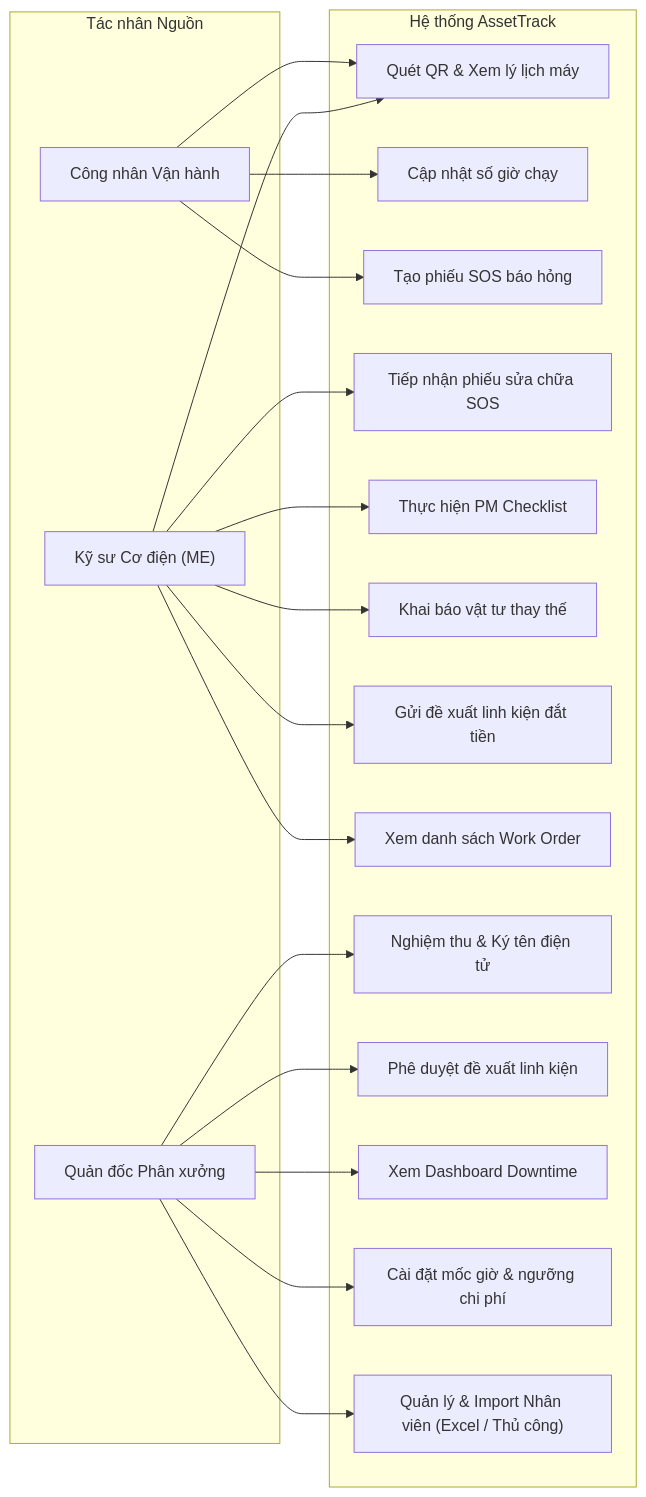
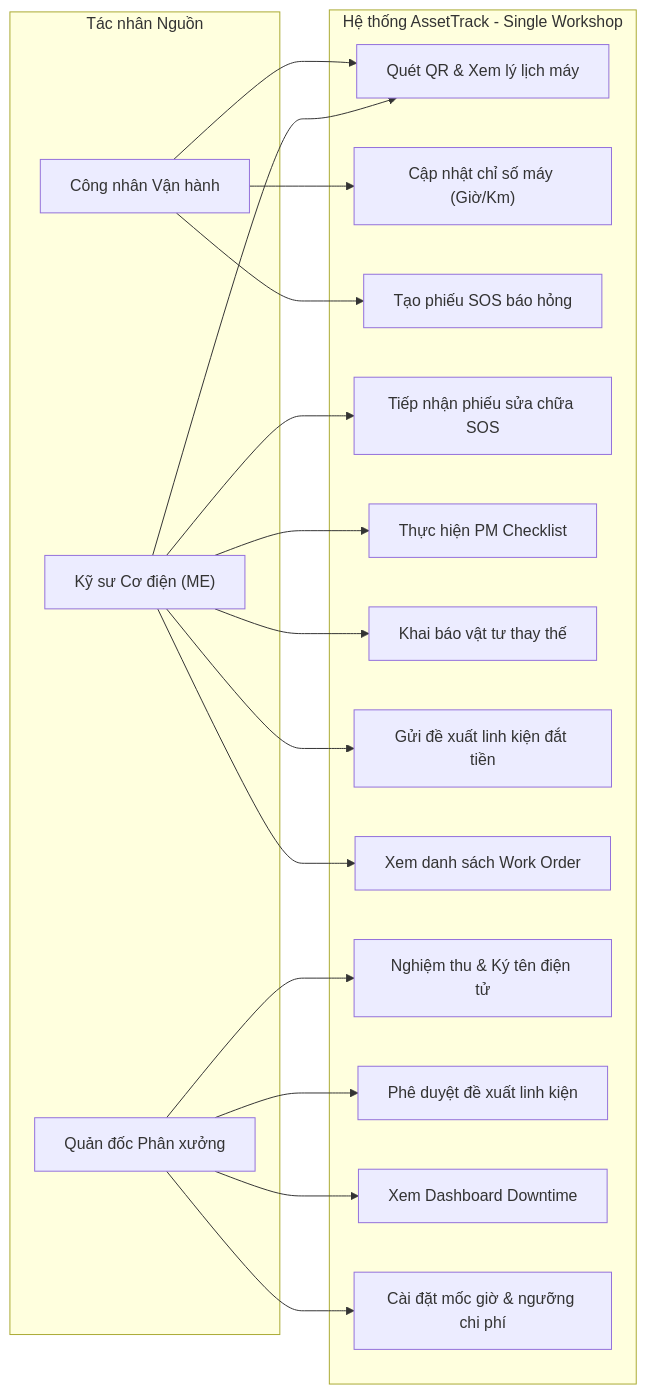
Before and after one commit to pvduy23052005/cse441-mobile-asset-track: the first of 12 diagrams in system_design.md, drawn with Mermaid. The commit also changed other lines of this file and 11 other files, not shown here.

Commit message:
feat: implement Wireframe K login modal, machine pagination, and single-workshop scope docs

````diff
--- a/system_design.md
+++ b/system_design.md
@@ -33,41 +33,39 @@
 ```mermaid
 flowchart LR
     subgraph Actors["Tác nhân Nguồn"]
         Operator["Công nhân Vận hành"]
         ME["Kỹ sư Cơ điện (ME)"]
         Supervisor["Quản đốc Phân xưởng"]
     end
 
-    subgraph System["Hệ thống AssetTrack"]
+    subgraph System["Hệ thống AssetTrack - Single Workshop"]
         UC_ScanQR["Quét QR & Xem lý lịch máy"]
-        UC_LogHours["Cập nhật số giờ chạy"]
+        UC_LogHours["Cập nhật chỉ số máy (Giờ/Km)"]
         UC_CreateSOS["Tạo phiếu SOS báo hỏng"]
         UC_ClaimSOS["Tiếp nhận phiếu sửa chữa SOS"]
         UC_ExecutePM["Thực hiện PM Checklist"]
         UC_LogParts["Khai báo vật tư thay thế"]
         UC_SubmitSpareParts["Gửi đề xuất linh kiện đắt tiền"]
         UC_ViewWorkOrderList["Xem danh sách Work Order"]
         UC_SignOff["Nghiệm thu & Ký tên điện tử"]
         UC_ApproveParts["Phê duyệt đề xuất linh kiện"]
         UC_ViewDashboard["Xem Dashboard Downtime"]
         UC_ConfigPM["Cài đặt mốc giờ & ngưỡng chi phí"]
-        UC_ManageUsers["Quản lý & Import Nhân viên (Excel / Thủ công)"]
     end
 
     Operator --> UC_ScanQR
     Operator --> UC_LogHours
     Operator --> UC_CreateSOS
 
     ME --> UC_ScanQR
     ME --> UC_ClaimSOS
     ME --> UC_ExecutePM
     ME --> UC_LogParts
     ME --> UC_SubmitSpareParts
     ME --> UC_ViewWorkOrderList
 
     Supervisor --> UC_SignOff
     Supervisor --> UC_ApproveParts
     Supervisor --> UC_ViewDashboard
     Supervisor --> UC_ConfigPM
-    Supervisor --> UC_ManageUsers
 ```
````
